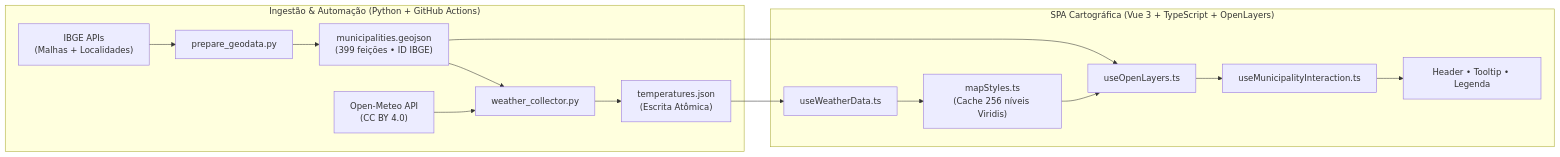
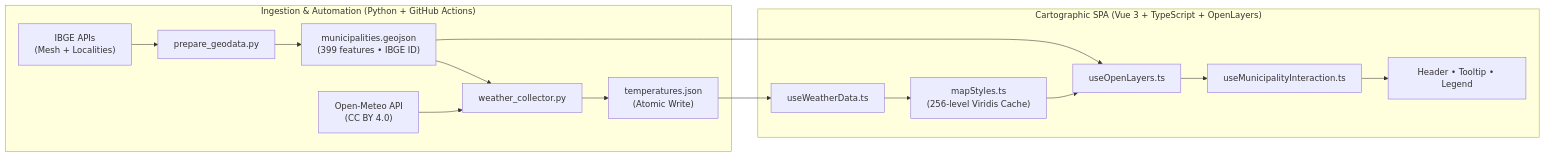
Before and after one commit to andreysilveira/pinhal: the diagram in README.md, drawn with Mermaid. The commit also changed other lines of this file, not shown here.

````diff
--- a/README.md
+++ b/README.md
@@ -187,19 +187,19 @@
 ```mermaid
 flowchart LR
-    subgraph Pipeline["Ingestão & Automação (Python + GitHub Actions)"]
-        IBGE["IBGE APIs\n(Malhas + Localidades)"] --> Prep["prepare_geodata.py"]
-        Prep --> Geo["municipalities.geojson\n(399 feições • ID IBGE)"]
+    subgraph Pipeline["Ingestion & Automation (Python + GitHub Actions)"]
+        IBGE["IBGE APIs\n(Mesh + Localities)"] --> Prep["prepare_geodata.py"]
+        Prep --> Geo["municipalities.geojson\n(399 features • IBGE ID)"]
         Geo --> Collector["weather_collector.py"]
         OM["Open-Meteo API\n(CC BY 4.0)"] --> Collector
-        Collector --> Temp["temperatures.json\n(Escrita Atômica)"]
+        Collector --> Temp["temperatures.json\n(Atomic Write)"]
     end
 
-    subgraph Frontend["SPA Cartográfica (Vue 3 + TypeScript + OpenLayers)"]
+    subgraph Frontend["Cartographic SPA (Vue 3 + TypeScript + OpenLayers)"]
         Geo --> OL["useOpenLayers.ts"]
         Temp --> WD["useWeatherData.ts"]
-        WD --> Styles["mapStyles.ts\n(Cache 256 níveis Viridis)"]
+        WD --> Styles["mapStyles.ts\n(256-level Viridis Cache)"]
         Styles --> OL
         OL --> Inter["useMunicipalityInteraction.ts"]
-        Inter --> UI["Header • Tooltip • Legenda"]
+        Inter --> UI["Header • Tooltip • Legend"]
     end
 ```
````
